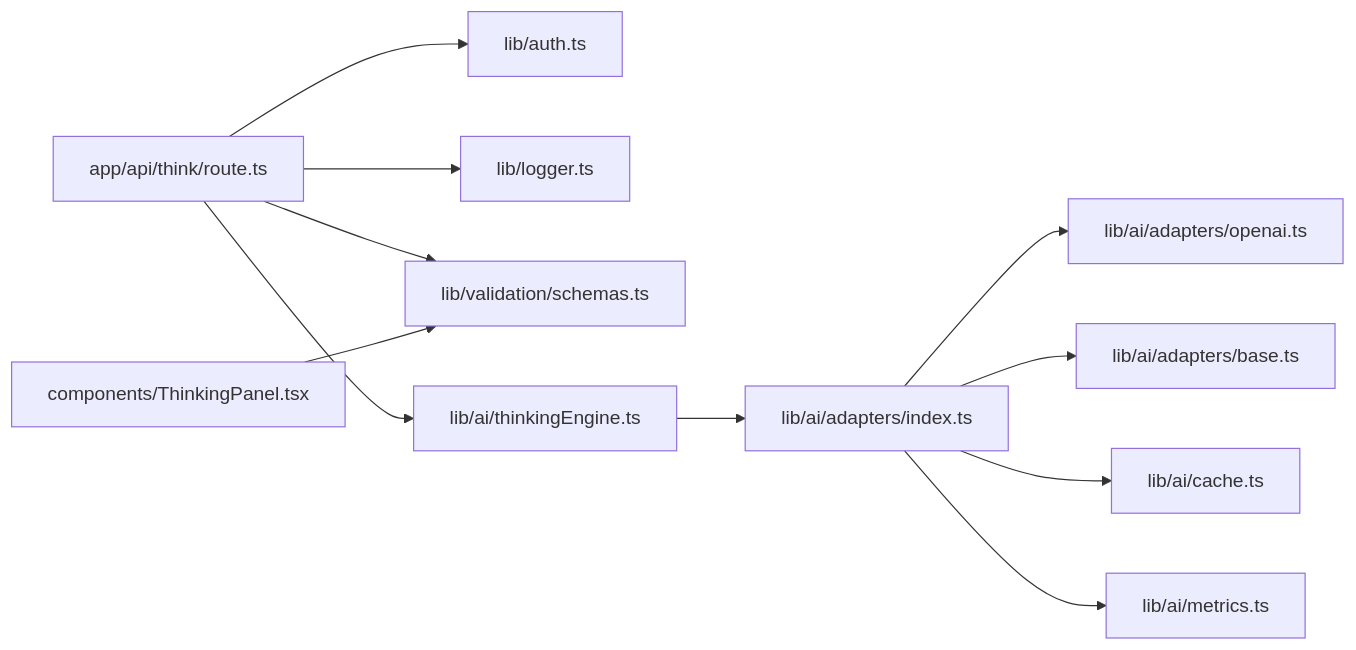
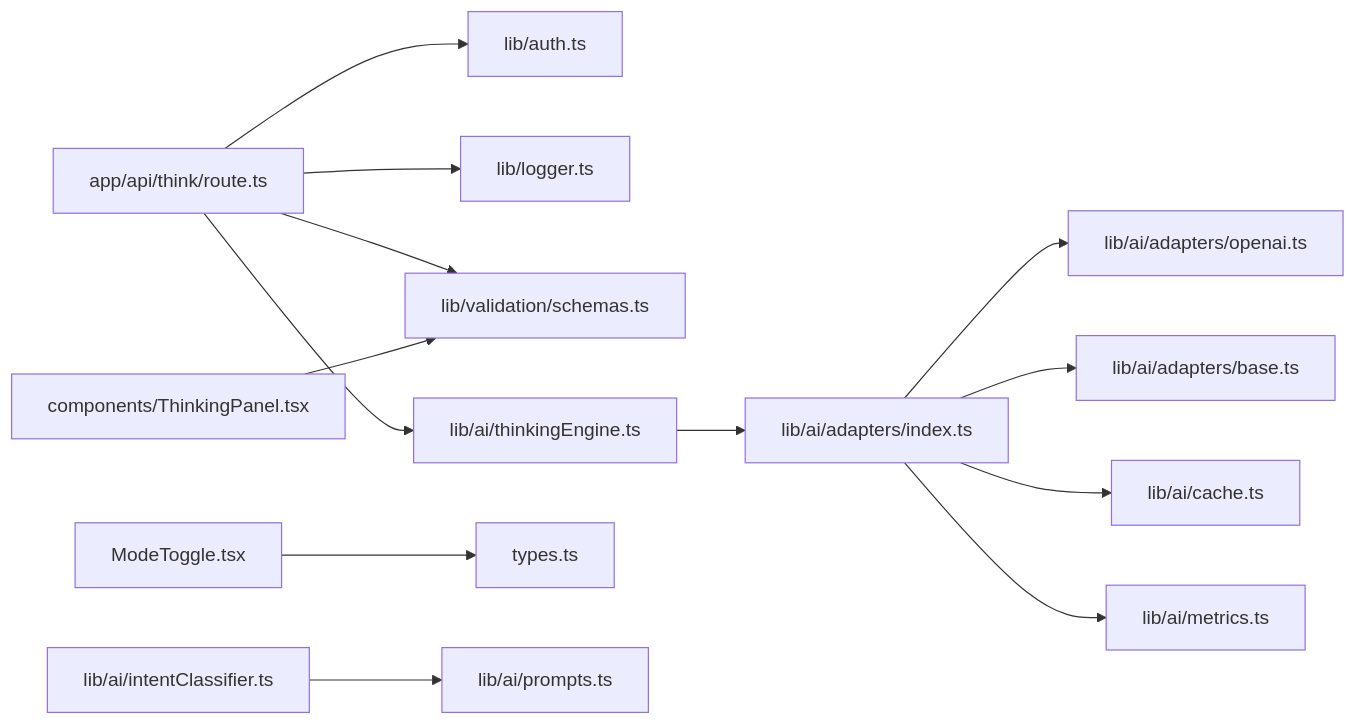
The eighth of 8 diagrams in .qoder/repowiki/en/content/Thinking Engine.md (shekhargiri005-dotcom/AI-powered-accessibility-first-UI-engine), drawn with Mermaid before and after one commit. The commit also changed other lines of this file and 6 other files, not shown here.

````diff
--- a/.qoder/repowiki/en/content/Thinking Engine.md
+++ b/.qoder/repowiki/en/content/Thinking Engine.md
@@ -417,13 +500,15 @@
 ```mermaid
 graph LR
 API["app/api/think/route.ts"] --> AUTH["lib/auth.ts"]
 API --> LOG["lib/logger.ts"]
 API --> SCHEMAS["lib/validation/schemas.ts"]
 API --> THINK["lib/ai/thinkingEngine.ts"]
 THINK --> ADAPTERS["lib/ai/adapters/index.ts"]
 ADAPTERS --> OPENAI["lib/ai/adapters/openai.ts"]
 ADAPTERS --> BASE["lib/ai/adapters/base.ts"]
 ADAPTERS --> CACHE["lib/ai/cache.ts"]
 ADAPTERS --> METRICS["lib/ai/metrics.ts"]
 TP["components/ThinkingPanel.tsx"] --> SCHEMAS
+MT["ModeToggle.tsx"] --> TYPES["types.ts"]
+CLASS["lib/ai/intentClassifier.ts"] --> PROMPTS["lib/ai/prompts.ts"]
 ```
````
